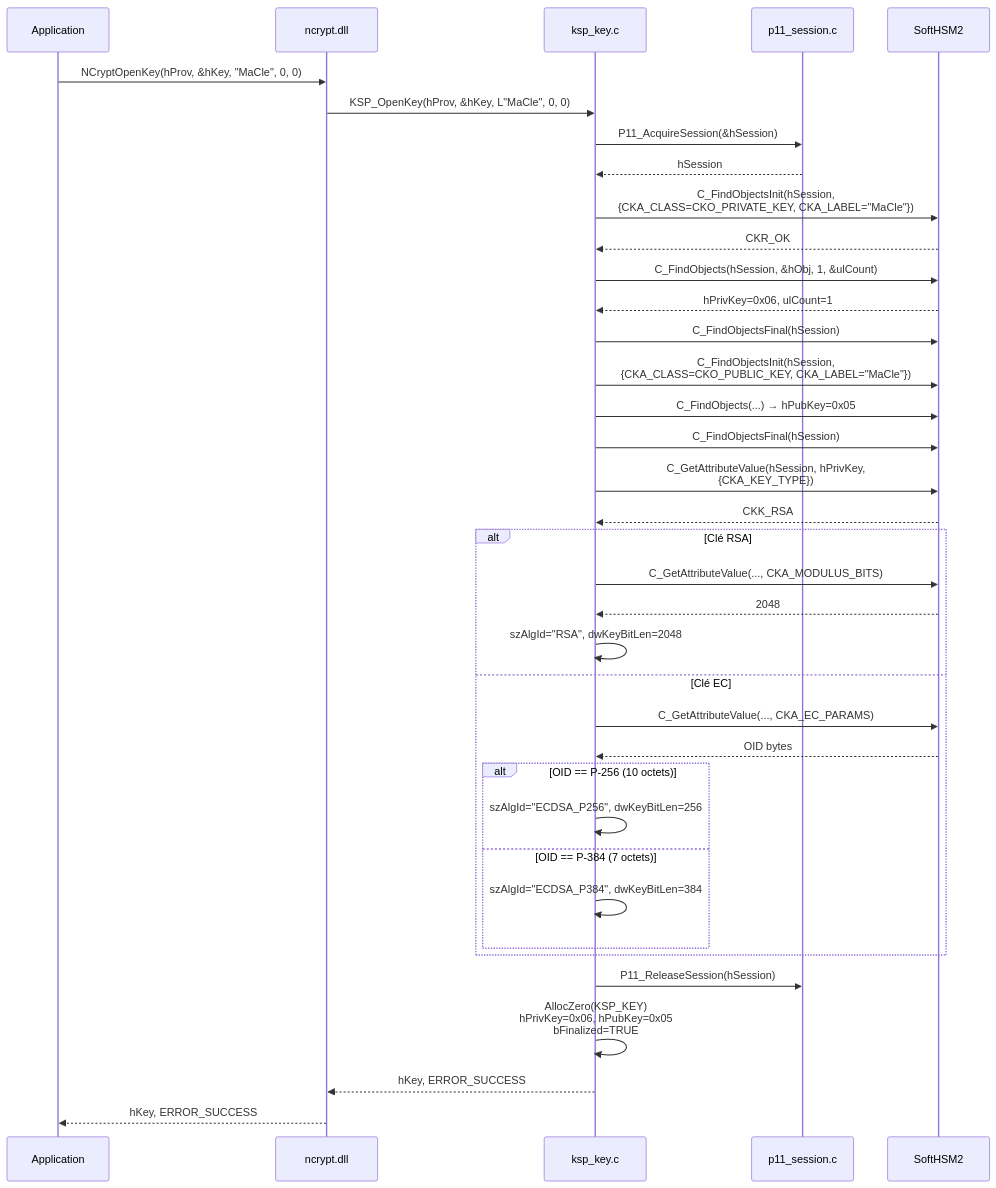
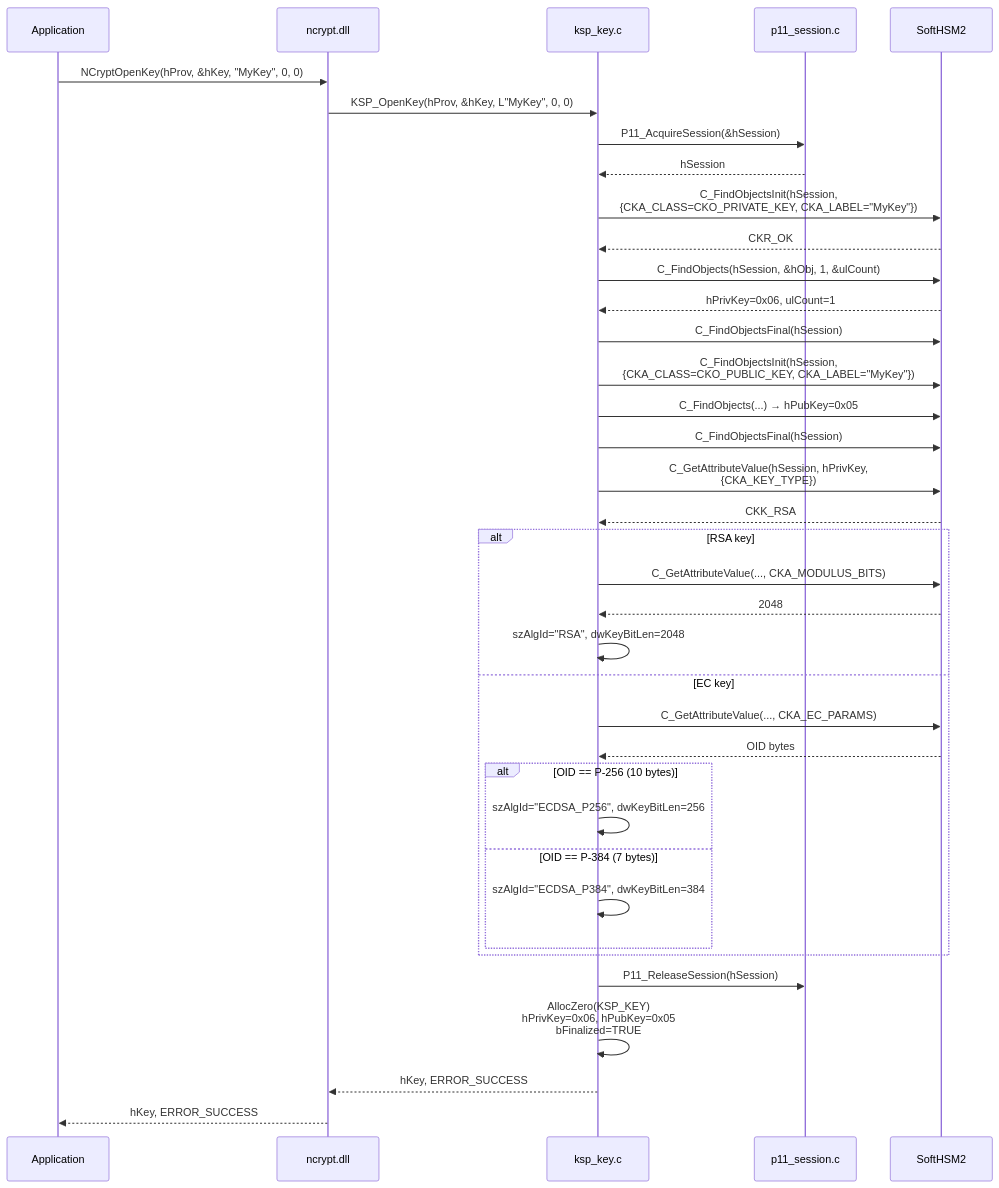
One commit to Gaillotte/Noida changed the third of 5 diagrams in softhsm_ksp/docs/03-gestion-cles.md. Above: the diagram before and after it, drawn with Mermaid. The commit also changed other lines of this file and 9 other files, not shown here.

````diff
--- a/softhsm_ksp/docs/03-gestion-cles.md
+++ b/softhsm_ksp/docs/03-gestion-cles.md
@@ -100,50 +100,50 @@
 ```mermaid
 sequenceDiagram
     participant App as Application
     participant NCrypt as ncrypt.dll
     participant KSP as ksp_key.c
     participant Session as p11_session.c
     participant HSM as SoftHSM2
 
-    App->>NCrypt: NCryptOpenKey(hProv, &hKey, "MaCle", 0, 0)
-    NCrypt->>KSP: KSP_OpenKey(hProv, &hKey, L"MaCle", 0, 0)
+    App->>NCrypt: NCryptOpenKey(hProv, &hKey, "MyKey", 0, 0)
+    NCrypt->>KSP: KSP_OpenKey(hProv, &hKey, L"MyKey", 0, 0)
 
     KSP->>Session: P11_AcquireSession(&hSession)
     Session-->>KSP: hSession
 
-    KSP->>HSM: C_FindObjectsInit(hSession,<br/>  {CKA_CLASS=CKO_PRIVATE_KEY, CKA_LABEL="MaCle"})
+    KSP->>HSM: C_FindObjectsInit(hSession,<br/>  {CKA_CLASS=CKO_PRIVATE_KEY, CKA_LABEL="MyKey"})
     HSM-->>KSP: CKR_OK
 
     KSP->>HSM: C_FindObjects(hSession, &hObj, 1, &ulCount)
     HSM-->>KSP: hPrivKey=0x06, ulCount=1
 
     KSP->>HSM: C_FindObjectsFinal(hSession)
 
-    KSP->>HSM: C_FindObjectsInit(hSession,<br/>  {CKA_CLASS=CKO_PUBLIC_KEY, CKA_LABEL="MaCle"})
+    KSP->>HSM: C_FindObjectsInit(hSession,<br/>  {CKA_CLASS=CKO_PUBLIC_KEY, CKA_LABEL="MyKey"})
     KSP->>HSM: C_FindObjects(...) → hPubKey=0x05
     KSP->>HSM: C_FindObjectsFinal(hSession)
 
     KSP->>HSM: C_GetAttributeValue(hSession, hPrivKey,<br/>  {CKA_KEY_TYPE})
     HSM-->>KSP: CKK_RSA
 
-    alt Clé RSA
+    alt RSA key
         KSP->>HSM: C_GetAttributeValue(..., CKA_MODULUS_BITS)
         HSM-->>KSP: 2048
         KSP->>KSP: szAlgId="RSA", dwKeyBitLen=2048
-    else Clé EC
+    else EC key
         KSP->>HSM: C_GetAttributeValue(..., CKA_EC_PARAMS)
         HSM-->>KSP: OID bytes
-        alt OID == P-256 (10 octets)
+        alt OID == P-256 (10 bytes)
             KSP->>KSP: szAlgId="ECDSA_P256", dwKeyBitLen=256
-        else OID == P-384 (7 octets)
+        else OID == P-384 (7 bytes)
             KSP->>KSP: szAlgId="ECDSA_P384", dwKeyBitLen=384
         end
     end
 
     KSP->>Session: P11_ReleaseSession(hSession)
 
     KSP->>KSP: AllocZero(KSP_KEY)<br/>hPrivKey=0x06, hPubKey=0x05<br/>bFinalized=TRUE
 
     KSP-->>NCrypt: hKey, ERROR_SUCCESS
     NCrypt-->>App: hKey, ERROR_SUCCESS
 ```
````
